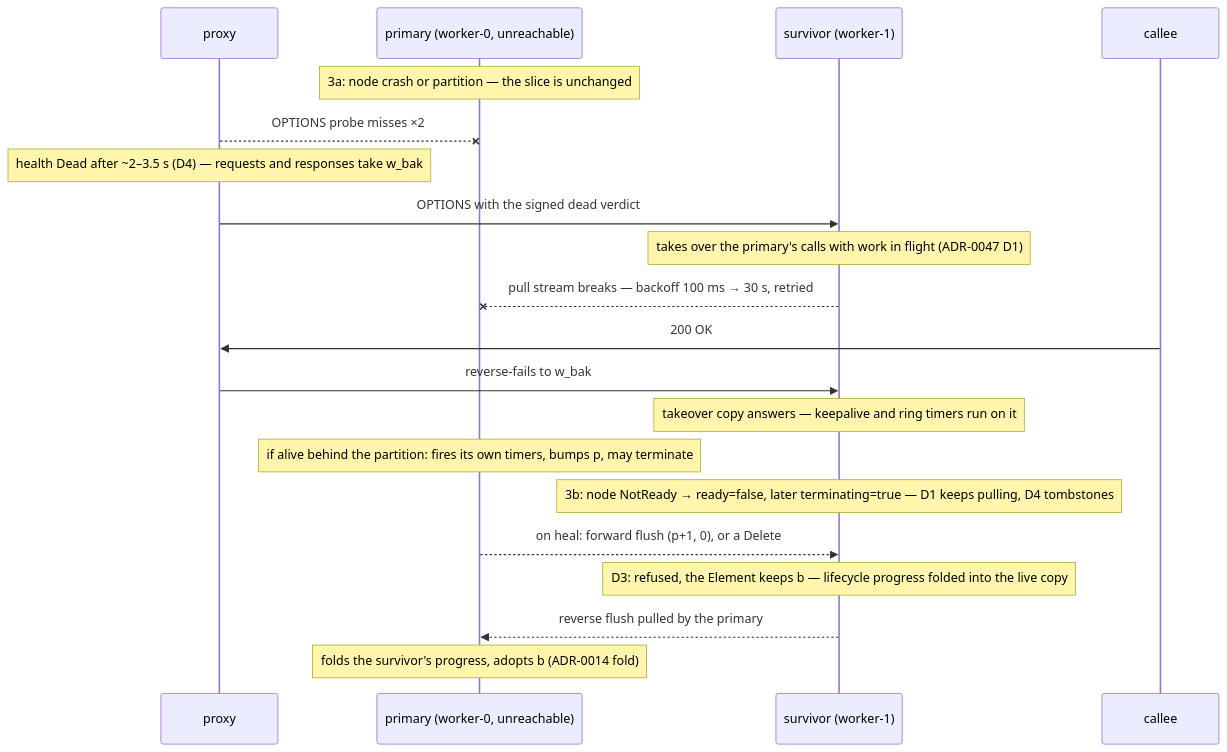
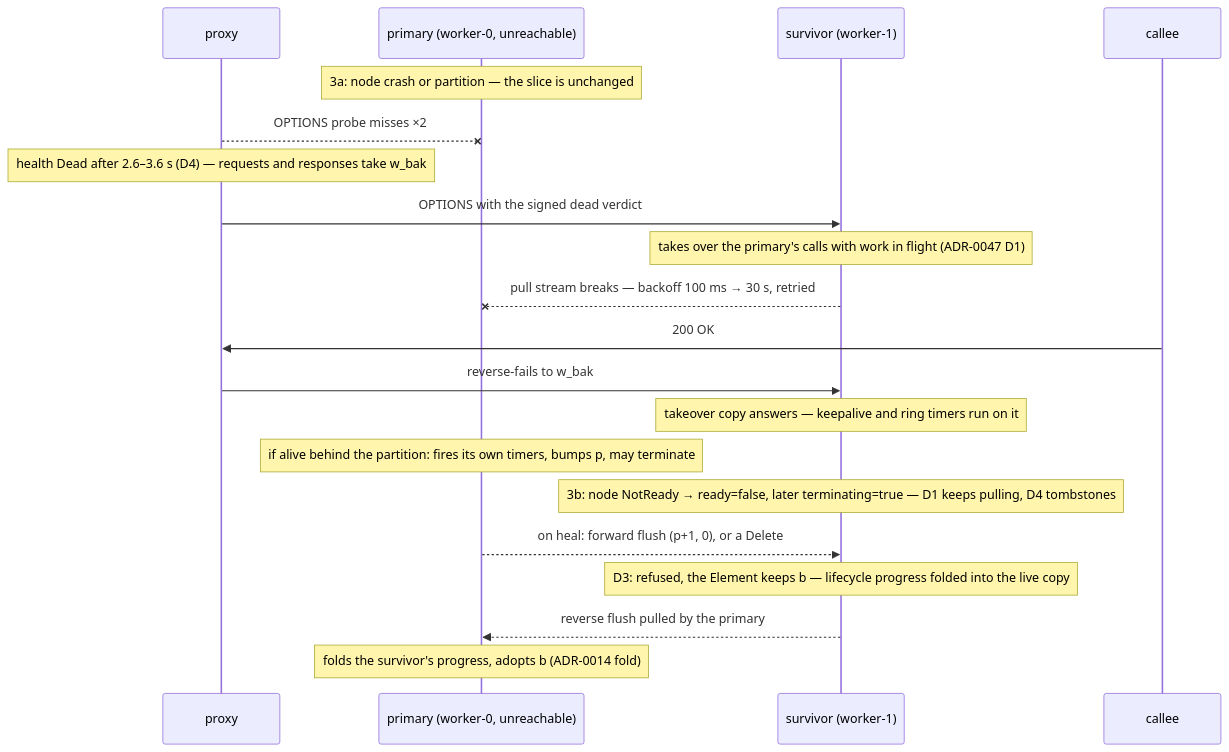
The third of 3 diagrams in docs/adr/0031-a-workers-three-ways-out.md (vcharbon/siprustserver), drawn with Mermaid before and after one commit. The commit also changed other lines of this file and 11 other files, not shown here.

````diff
--- a/docs/adr/0031-a-workers-three-ways-out.md
+++ b/docs/adr/0031-a-workers-three-ways-out.md
@@ -285,22 +285,22 @@
 ```mermaid
 sequenceDiagram
     participant P as proxy
     participant E as primary (worker-0, unreachable)
     participant S as survivor (worker-1)
     participant C as callee
     Note over E: 3a: node crash or partition — the slice is unchanged
     P--xE: OPTIONS probe misses ×2
-    Note over P: health Dead after ~2–3.5 s (D4) — requests and responses take w_bak
+    Note over P: health Dead after 2.6–3.6 s (D4) — requests and responses take w_bak
     P->>S: OPTIONS with the signed dead verdict
     Note over S: takes over the primary's calls with work in flight (ADR-0047 D1)
     S--xE: pull stream breaks — backoff 100 ms → 30 s, retried
     C->>P: 200 OK
     P->>S: reverse-fails to w_bak
     Note over S: takeover copy answers — keepalive and ring timers run on it
     Note over E: if alive behind the partition: fires its own timers, bumps p, may terminate
     Note over S: 3b: node NotReady → ready=false, later terminating=true — D1 keeps pulling, D4 tombstones
     E-->>S: on heal: forward flush (p+1, 0), or a Delete
     Note over S: D3: refused, the Element keeps b — lifecycle progress folded into the live copy
     S-->>E: reverse flush pulled by the primary
     Note over E: folds the survivor's progress, adopts b (ADR-0014 fold)
 ```
````
